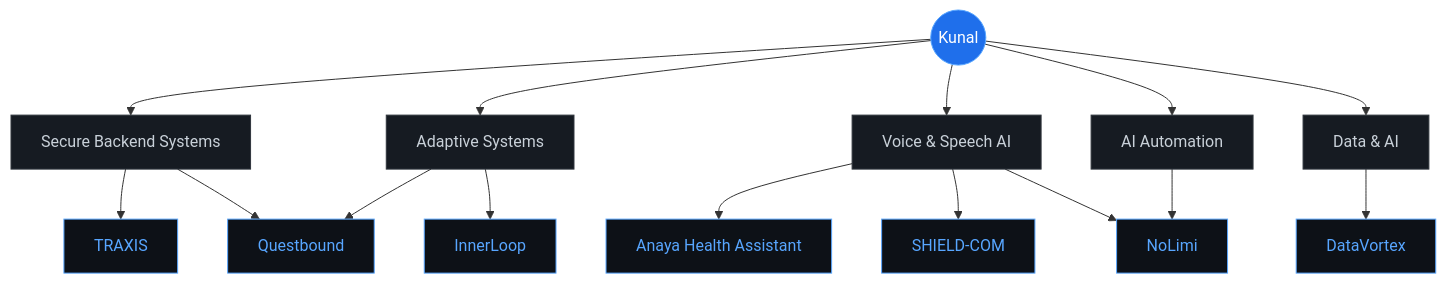
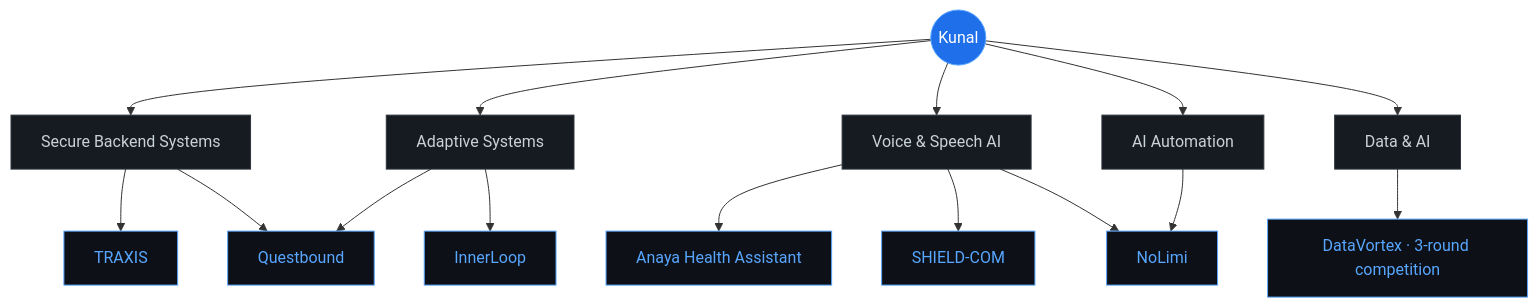
One commit to kunalchwdry/kunalchwdry changed the second of 12 diagrams in README.md. Above: the diagram before and after it, drawn with Mermaid. The commit also changed other lines of this file, not shown here.

````diff
--- a/README.md
+++ b/README.md
@@ -92,27 +134,27 @@
 ```mermaid
 flowchart TB
     ME(("Kunal"))
 
     ME --> SEC["Secure Backend Systems"]
     ME --> ADP["Adaptive Systems"]
     ME --> VOICE["Voice & Speech AI"]
     ME --> AUTO["AI Automation"]
     ME --> DATA["Data & AI"]
 
     SEC --> TRAXIS["TRAXIS"]
     SEC --> QB["Questbound"]
     ADP --> QB
     ADP --> IL["InnerLoop"]
     VOICE --> ANAYA["Anaya Health Assistant"]
     VOICE --> SC["SHIELD-COM"]
     VOICE --> NL["NoLimi"]
     AUTO --> NL
-    DATA --> DV["DataVortex"]
+    DATA --> DV["DataVortex · 3-round competition"]
 
     classDef me fill:#1f6feb,stroke:#58a6ff,color:#ffffff;
     classDef theme fill:#161b22,stroke:#30363d,color:#c9d1d9;
     classDef proj fill:#0d1117,stroke:#58a6ff,color:#58a6ff;
     class ME me;
     class SEC,ADP,VOICE,AUTO,DATA theme;
     class TRAXIS,QB,IL,ANAYA,SC,NL,DV proj;
 ```
````
